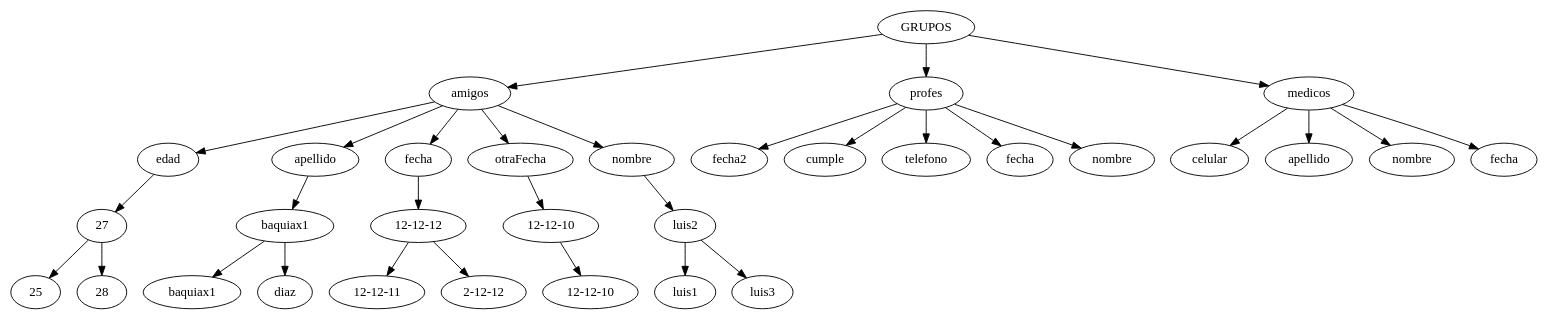
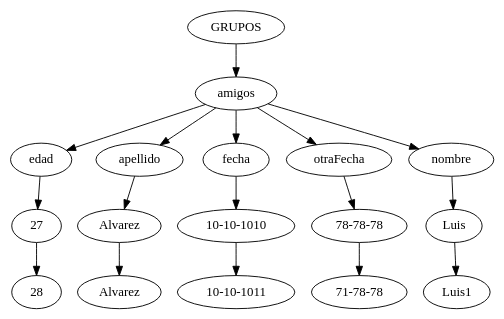
One commit to luisbaquiax/practica2-edd-2024 changed the diagram in gestor-de-contacots/contactos/todo.dot. Above: the diagram before and after it, drawn with Graphviz. The commit also changed 25 other files, not shown here.

```diff
--- a/gestor-de-contacots/contactos/todo.dot
+++ b/gestor-de-contacots/contactos/todo.dot
@@ -1,62 +1,34 @@
 digraph ArbolBinario {
 GRUPOS[id="GRUPOS", label="GRUPOS"];
 amigosedad[id="amigosedad", label="edad"];
 amigosapellido[id="amigosapellido", label="apellido"];
 amigosfecha[id="amigosfecha", label="fecha"];
 amigosotraFecha[id="amigosotraFecha", label="otraFecha"];
 amigosnombre[id="amigosnombre", label="nombre"];
 amigos->amigosedad;
 amigos->amigosapellido;
 amigos->amigosfecha;
 amigos->amigosotraFecha;
 amigos->amigosnombre;
 amigosedad->amigos1edad;
 amigos1edad[id="amigos1edad", label="27"];
-amigos3edad[id="amigos3edad", label="25"];
 amigos2edad[id="amigos2edad", label="28"];
-amigos1edad->amigos3edad;
 amigos1edad->amigos2edad;
 amigosapellido->amigos1apellido;
-amigos1apellido[id="amigos1apellido", label="baquiax1"];
-amigos2apellido[id="amigos2apellido", label="baquiax1"];
-amigos3apellido[id="amigos3apellido", label="diaz"];
+amigos1apellido[id="amigos1apellido", label="Alvarez"];
+amigos2apellido[id="amigos2apellido", label="Alvarez"];
 amigos1apellido->amigos2apellido;
-amigos1apellido->amigos3apellido;
 amigosfecha->amigos1fecha;
-amigos1fecha[id="amigos1fecha", label="12-12-12"];
-amigos3fecha[id="amigos3fecha", label="12-12-11"];
-amigos2fecha[id="amigos2fecha", label="2-12-12"];
-amigos1fecha->amigos3fecha;
+amigos1fecha[id="amigos1fecha", label="10-10-1010"];
+amigos2fecha[id="amigos2fecha", label="10-10-1011"];
 amigos1fecha->amigos2fecha;
-amigosotraFecha->amigos2otraFecha;
-amigos2otraFecha[id="amigos2otraFecha", label="12-12-10"];
-amigos3otraFecha[id="amigos3otraFecha", label="12-12-10"];
-amigos2otraFecha->amigos3otraFecha;
-amigosnombre->amigos2nombre;
-amigos2nombre[id="amigos2nombre", label="luis2"];
-amigos1nombre[id="amigos1nombre", label="luis1"];
-amigos3nombre[id="amigos3nombre", label="luis3"];
-amigos2nombre->amigos1nombre;
-amigos2nombre->amigos3nombre;
+amigosotraFecha->amigos1otraFecha;
+amigos1otraFecha[id="amigos1otraFecha", label="78-78-78"];
+amigos2otraFecha[id="amigos2otraFecha", label="71-78-78"];
+amigos1otraFecha->amigos2otraFecha;
+amigosnombre->amigos1nombre;
+amigos1nombre[id="amigos1nombre", label="Luis"];
+amigos2nombre[id="amigos2nombre", label="Luis1"];
+amigos1nombre->amigos2nombre;
 GRUPOS->amigos;
-profesfecha2[id="profesfecha2", label="fecha2"];
-profescumple[id="profescumple", label="cumple"];
-profestelefono[id="profestelefono", label="telefono"];
-profesfecha[id="profesfecha", label="fecha"];
-profesnombre[id="profesnombre", label="nombre"];
-profes->profesfecha2;
-profes->profescumple;
-profes->profestelefono;
-profes->profesfecha;
-profes->profesnombre;
-GRUPOS->profes;
-medicoscelular[id="medicoscelular", label="celular"];
-medicosapellido[id="medicosapellido", label="apellido"];
-medicosnombre[id="medicosnombre", label="nombre"];
-medicosfecha[id="medicosfecha", label="fecha"];
-medicos->medicoscelular;
-medicos->medicosapellido;
-medicos->medicosnombre;
-medicos->medicosfecha;
-GRUPOS->medicos;
 }
```
